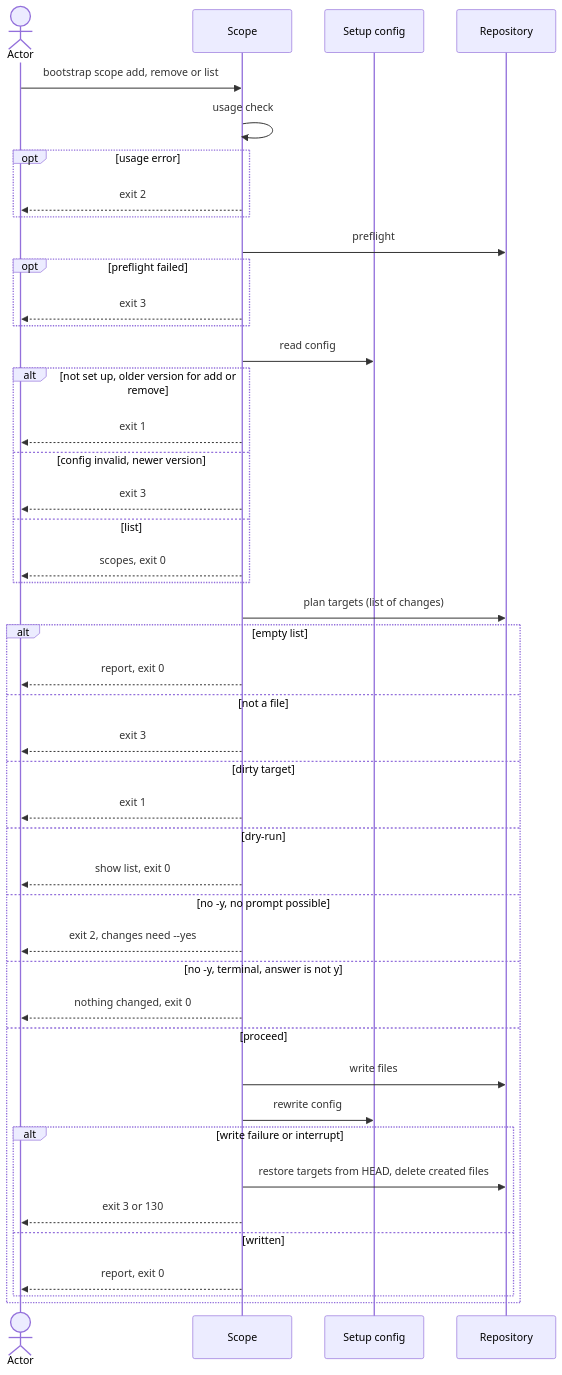
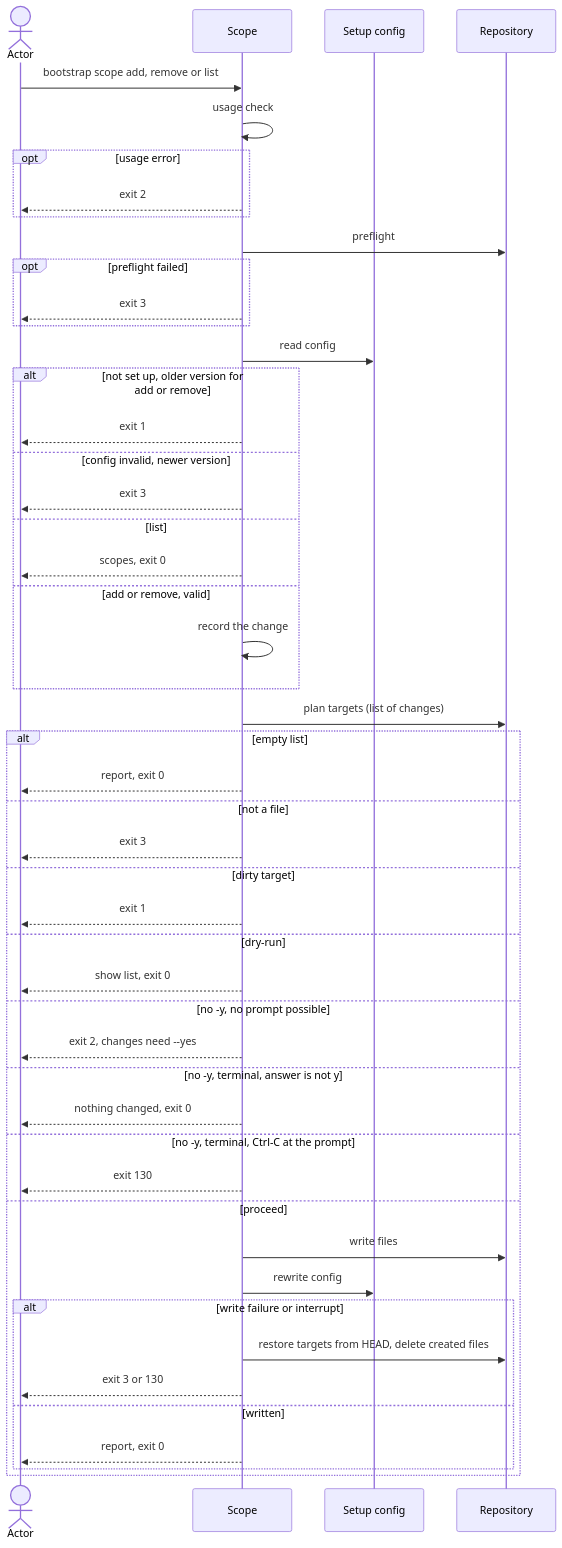
Before and after one commit to virajp/bootstrap: the diagram in docs/blueprint/flows/cli/180-manage-scopes/index.md, drawn with Mermaid. The commit also changed other lines of this file and 12 other files, not shown here.

````diff
--- a/docs/blueprint/flows/cli/180-manage-scopes/index.md
+++ b/docs/blueprint/flows/cli/180-manage-scopes/index.md
@@ -120,47 +123,51 @@
 ```mermaid
 sequenceDiagram
     actor O as Actor
     participant S as Scope
     participant C as Setup config
     participant R as Repository
     O->>S: bootstrap scope add, remove or list
     S->>S: usage check
     opt usage error
         S-->>O: exit 2
     end
     S->>R: preflight
     opt preflight failed
         S-->>O: exit 3
     end
     S->>C: read config
     alt not set up, older version for add or remove
         S-->>O: exit 1
     else config invalid, newer version
         S-->>O: exit 3
     else list
         S-->>O: scopes, exit 0
+    else add or remove, valid
+        S->>S: record the change
     end
     S->>R: plan targets (list of changes)
     alt empty list
         S-->>O: report, exit 0
     else not a file
         S-->>O: exit 3
     else dirty target
         S-->>O: exit 1
     else dry-run
         S-->>O: show list, exit 0
     else no -y, no prompt possible
         S-->>O: exit 2, changes need --yes
     else no -y, terminal, answer is not y
         S-->>O: nothing changed, exit 0
+    else no -y, terminal, Ctrl-C at the prompt
+        S-->>O: exit 130
     else proceed
         S->>R: write files
         S->>C: rewrite config
         alt write failure or interrupt
             S->>R: restore targets from HEAD, delete created files
             S-->>O: exit 3 or 130
         else written
             S-->>O: report, exit 0
         end
     end
 ```
````
